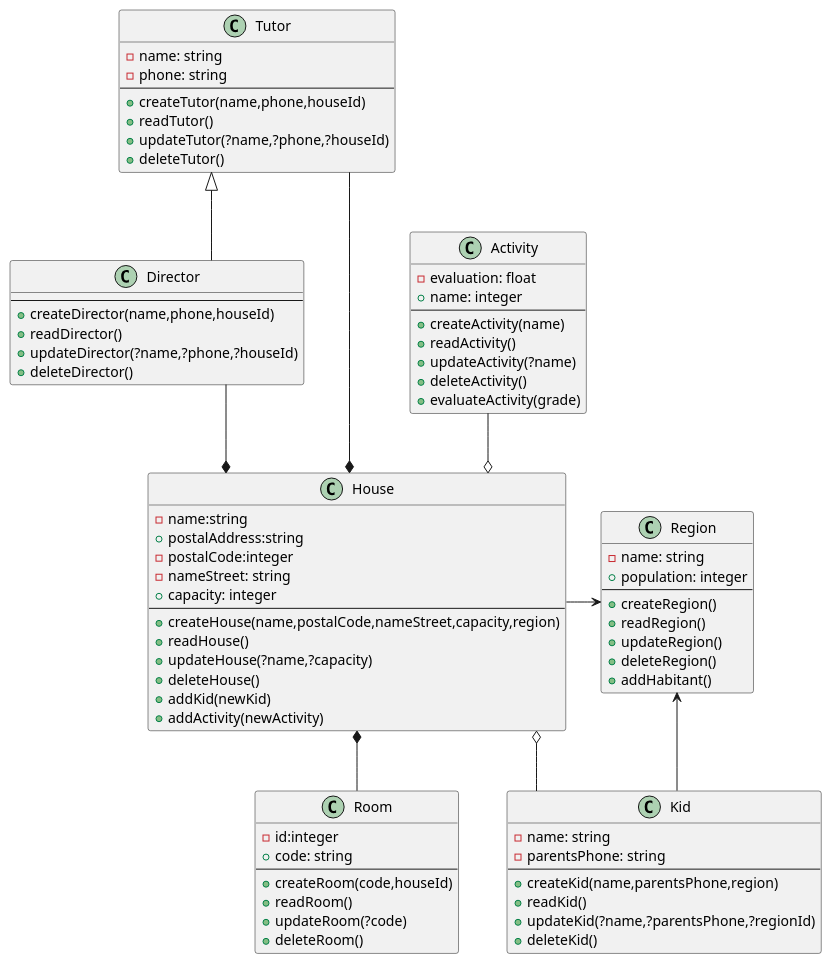
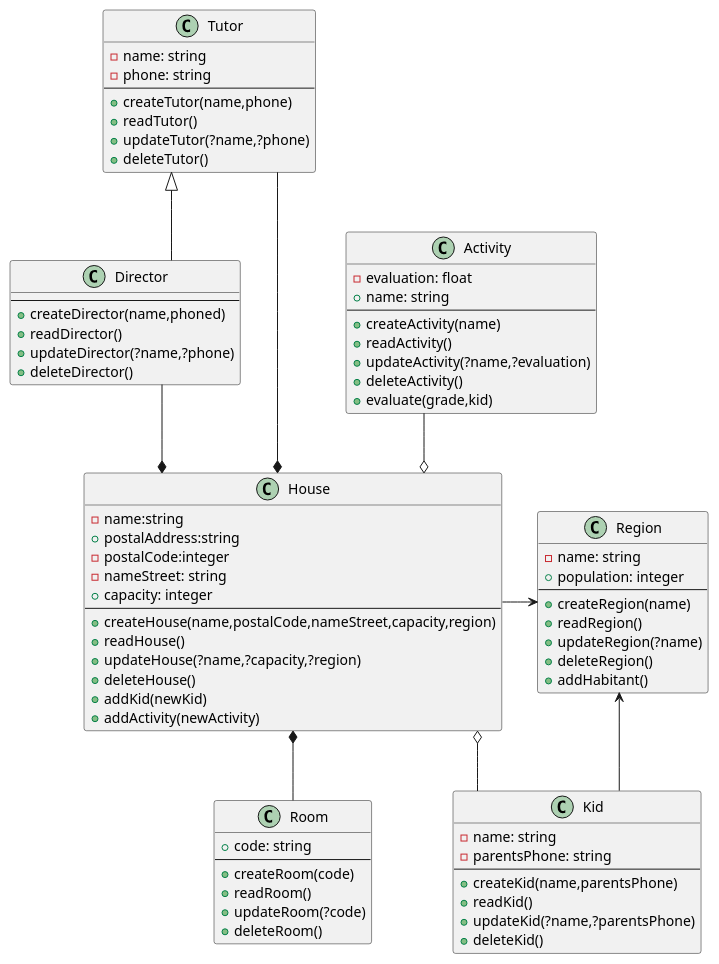
The diagram in Software Design/Taller_1/classes_colony.puml (Erick-Parrado/Software-Design-and-Architecture), drawn with PlantUML before and after one commit. The commit also changed 10 other files, not shown here.

```diff
--- a/Software Design/Taller_1/classes_colony.puml
+++ b/Software Design/Taller_1/classes_colony.puml
@@ -1,87 +1,86 @@
 @startuml Colonies
     skinparam linetype ortho
     
     class House{
         -name:string
         +postalAddress:string
         -postalCode:integer
         -nameStreet: string
         +capacity: integer
         --
         +createHouse(name,postalCode,nameStreet,capacity,region)
         +readHouse()
-        +updateHouse(?name,?capacity)
+        +updateHouse(?name,?capacity,?region)
         +deleteHouse()
         +addKid(newKid)
         +addActivity(newActivity)
     }
 
     class Room{
-        -id:integer
         +code: string
         --
-        +createRoom(code,houseId)
+        +createRoom(code)
         +readRoom()
         +updateRoom(?code)
         +deleteRoom()
     }
 
     class Activity{
         -evaluation: float
-        +name: integer
+        +name: string
         --
         +createActivity(name)
         +readActivity()
-        +updateActivity(?name)
+        +updateActivity(?name,?evaluation)
         +deleteActivity()
-        +evaluateActivity(grade)
+        +evaluate(grade,kid)
     }
 
     class Tutor{
         -name: string
         -phone: string
         --
-        +createTutor(name,phone,houseId)
+        +createTutor(name,phone)
         +readTutor()
-        +updateTutor(?name,?phone,?houseId)
+        +updateTutor(?name,?phone)
         +deleteTutor()
     }
 
     class Director{
         --
-        +createDirector(name,phone,houseId)
+        +createDirector(name,phoned)
         +readDirector()
-        +updateDirector(?name,?phone,?houseId)
+        +updateDirector(?name,?phone)
         +deleteDirector()
     }
 
     class Kid{
         -name: string
         -parentsPhone: string
         --
-        +createKid(name,parentsPhone,region)
+        +createKid(name,parentsPhone)
         +readKid()
-        +updateKid(?name,?parentsPhone,?regionId)
+        +updateKid(?name,?parentsPhone)
         +deleteKid()
     }
 
     class Region{
         -name: string
         +population: integer
         --
-        +createRegion()
+        +createRegion(name)
         +readRegion()
-        +updateRegion()
+        +updateRegion(?name)
         +deleteRegion()
         +addHabitant()
     }
 
     House *-- Room
     Kid --o House
     Tutor --* House
     Director --* House
     Director -up-|> Tutor
     Activity --o House
     Region <-- Kid
     Region <-left- House
 @enduml
```
